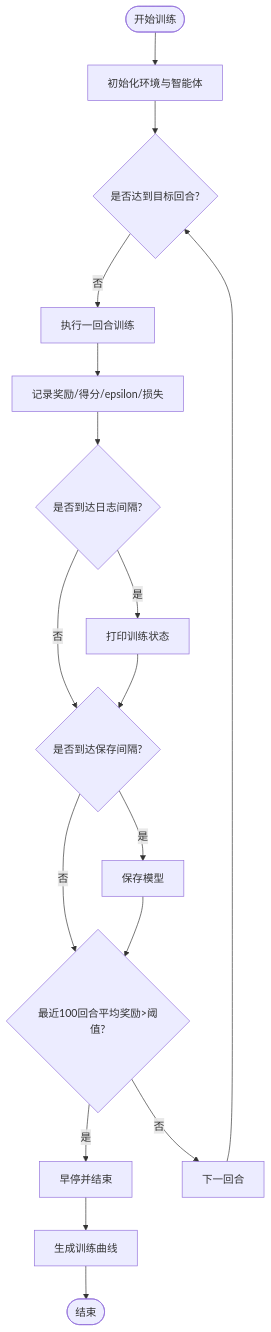
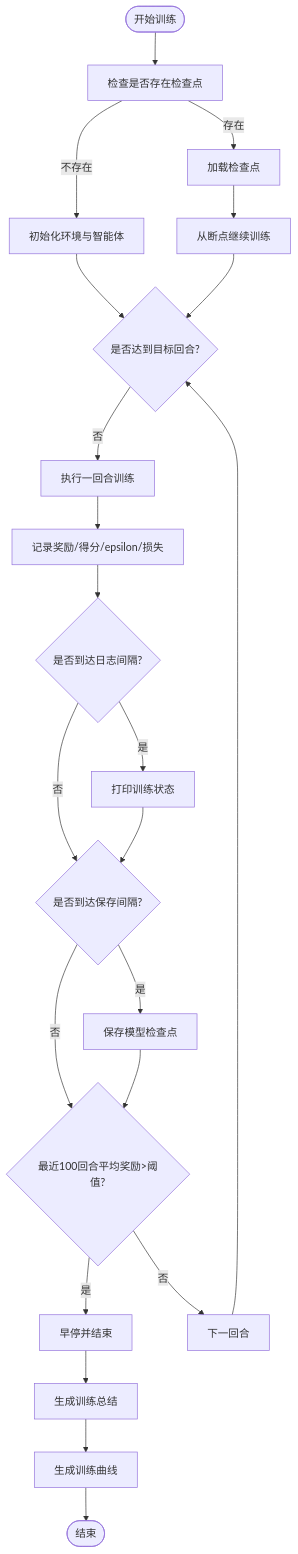
One commit to fuweiq94-cloud/3399180760000 changed the third of 8 diagrams in .qoder/repowiki/zh/content/训练系统.md. Above: the diagram before and after it, drawn with Mermaid. The commit also changed other lines of this file and 146 other files, not shown here.

````diff
--- a/.qoder/repowiki/zh/content/训练系统.md
+++ b/.qoder/repowiki/zh/content/训练系统.md
@@ -136,19 +163,24 @@
 ```mermaid
 flowchart TD
-Start(["开始训练"]) --> Init["初始化环境与智能体"]
+Start(["开始训练"]) --> Checkpoint["检查是否存在检查点"]
+Checkpoint --> |存在| Load["加载检查点"]
+Checkpoint --> |不存在| Init["初始化环境与智能体"]
+Load --> Resume["从断点继续训练"]
 Init --> Loop{"是否达到目标回合?"}
+Resume --> Loop
 Loop --> |否| Episode["执行一回合训练"]
 Episode --> Record["记录奖励/得分/epsilon/损失"]
 Record --> Log{"是否到达日志间隔?"}
 Log --> |是| Print["打印训练状态"]
 Log --> |否| SaveCheck{"是否到达保存间隔?"}
 Print --> SaveCheck
-SaveCheck --> |是| SaveModel["保存模型"]
+SaveCheck --> |是| SaveModel["保存模型检查点"]
 SaveCheck --> |否| ConvergeCheck{"最近100回合平均奖励>阈值?"}
 SaveModel --> ConvergeCheck
 ConvergeCheck --> |是| Stop["早停并结束"]
 ConvergeCheck --> |否| NextEpisode["下一回合"]
 NextEpisode --> Loop
-Stop --> Plot["生成训练曲线"]
+Stop --> Summary["生成训练总结"]
+Summary --> Plot["生成训练曲线"]
 Plot --> End(["结束"])
 ```
````
